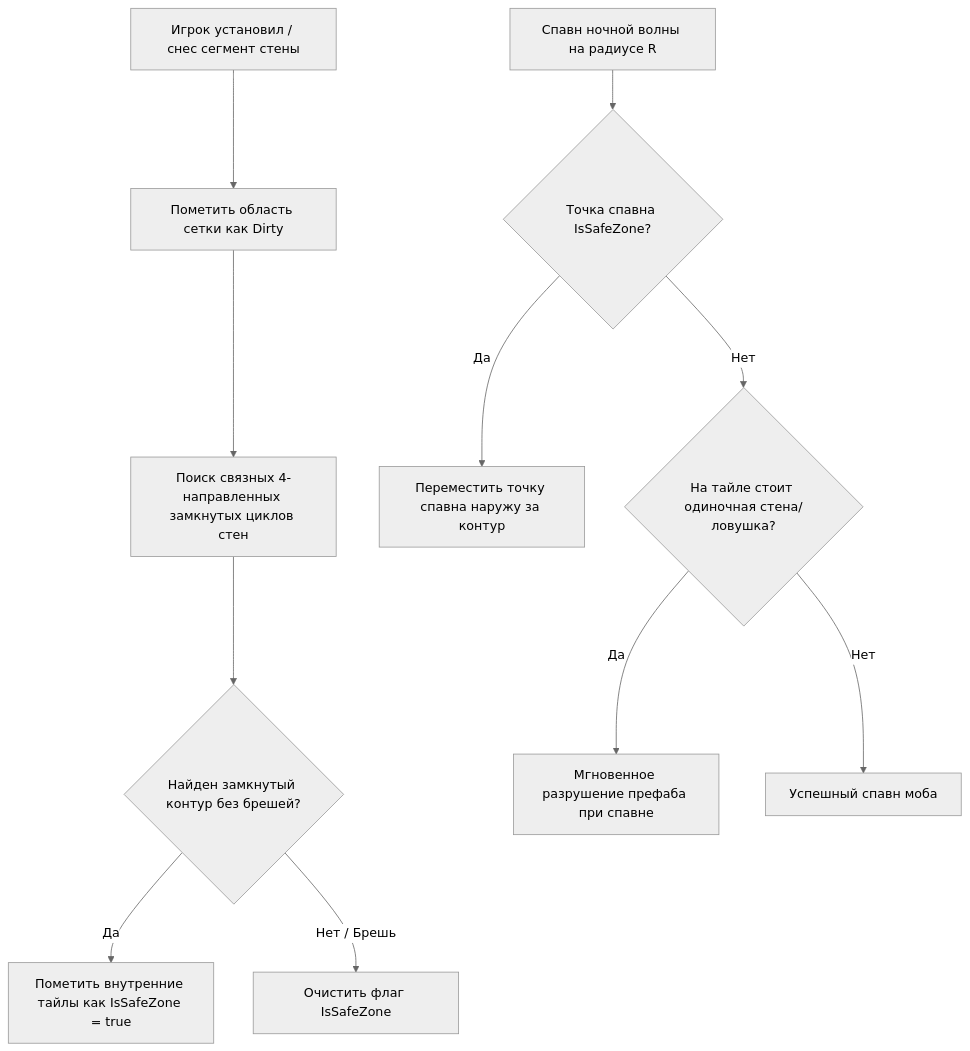
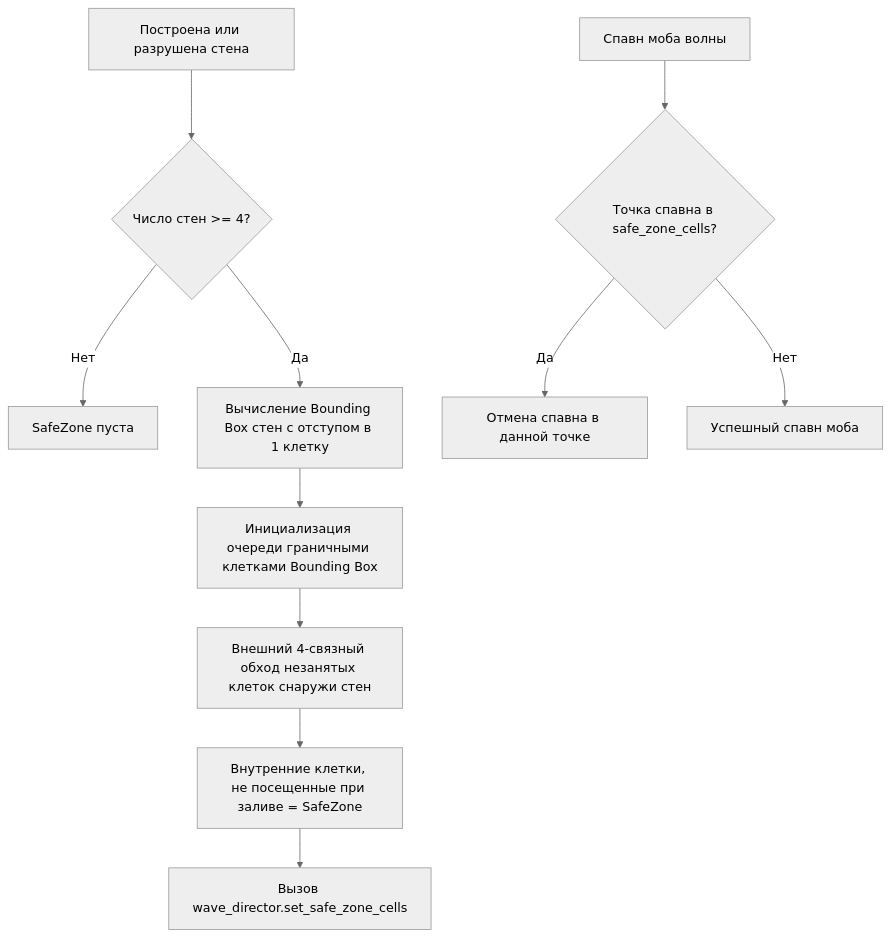
One commit to alex123321-maker/Cube-Siege changed the diagram in docs/ARCHITECTURE.md. Above: the diagram before and after it, drawn with Mermaid (neutral theme). The commit also changed other lines of this file and 4 other files, not shown here.

Commit message:
docs: factual alignment of SafeZone, WaveDirector, Archer, and persistence tech debt

````diff
--- a/docs/ARCHITECTURE.md
+++ b/docs/ARCHITECTURE.md
@@ -39,14 +39,14 @@
 ```mermaid
 graph TD
-    Place[Игрок установил / снес сегмент стены] --> DirtyGrid[Пометить область сетки как Dirty]
-    DirtyGrid --> FindLoops[Поиск связных 4-направленных замкнутых циклов стен]
-    FindLoops --> FloodCheck{Найден замкнутый контур без брешей?}
-    FloodCheck -->|Да| TagInner[Пометить внутренние тайлы как IsSafeZone = true]
-    FloodCheck -->|Нет / Брешь| ClearTag[Очистить флаг IsSafeZone]
+    WallChange[Построена или разрушена стена] --> CheckCount{Число стен >= 4?}
+    CheckCount -->|Нет| ClearSafe[SafeZone пуста]
+    CheckCount -->|Да| CalcBounds[Вычисление Bounding Box стен с отступом в 1 клетку]
+    CalcBounds --> SeedOuter[Инициализация очереди граничными клетками Bounding Box]
+    SeedOuter --> FloodFill[Внешний 4-связный обход незанятых клеток снаружи стен]
+    FloodFill --> EnclosedCheck[Внутренние клетки, не посещенные при заливе = SafeZone]
+    EnclosedCheck --> EmitSafe[Вызов wave_director.set_safe_zone_cells]
     
-    SpawnWave[Спавн ночной волны на радиусе R] --> CheckCell{Точка спавна IsSafeZone?}
-    CheckCell -->|Да| CancelSpawn[Переместить точку спавна наружу за контур]
-    CheckCell -->|Нет| CheckObstacle{На тайле стоит одиночная стена/ловушка?}
-    CheckObstacle -->|Да| DestroyWall[Мгновенное разрушение префаба при спавне]
-    CheckObstacle -->|Нет| SpawnMob[Успешный спавн моба]
+    WaveDirector[Спавн моба волны] --> CheckCell{Точка спавна в safe_zone_cells?}
+    CheckCell -->|Да| RejectSpawn[Отмена спавна в данной точке]
+    CheckCell -->|Нет| SpawnMob[Успешный спавн моба]
 ```
````
